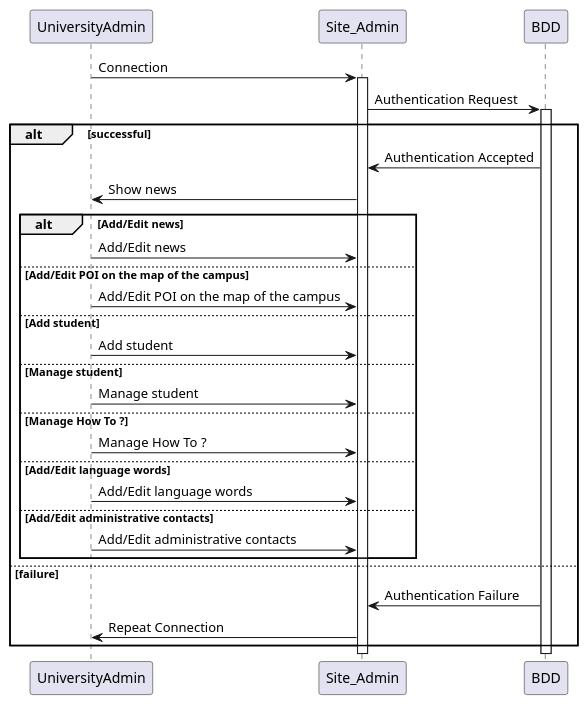
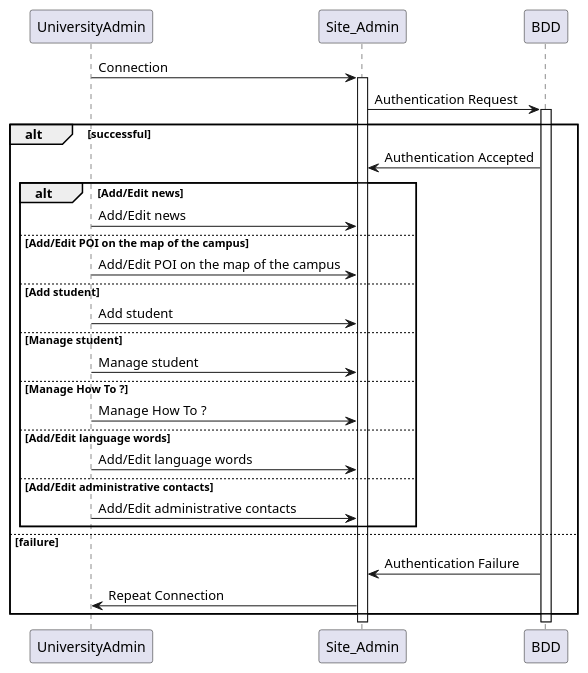
The diagram in diagrams/UniversityAdminSequence.puml (Miage-Paris-Ouest/m1c20152016-mobonline), drawn with PlantUML before and after one commit. The commit also changed 4 other files, not shown here.

```diff
--- a/diagrams/UniversityAdminSequence.puml
+++ b/diagrams/UniversityAdminSequence.puml
@@ -1,45 +1,45 @@
 @startuml
 
 UniversityAdmin -> Site_Admin: Connection
 activate Site_Admin
 
 
 Site_Admin -> BDD: Authentication Request
 activate BDD
 
 alt successful
 
     BDD -> Site_Admin: Authentication Accepted
-    Site_Admin->UniversityAdmin : Show news
+
 
         alt Add/Edit news
             UniversityAdmin -> Site_Admin: Add/Edit news
 
         else Add/Edit POI on the map of the campus
             UniversityAdmin -> Site_Admin: Add/Edit POI on the map of the campus
 
         else Add student
              UniversityAdmin -> Site_Admin: Add student
 
         else Manage student
              UniversityAdmin -> Site_Admin: Manage student
 
         else Manage How To ?
              UniversityAdmin -> Site_Admin: Manage How To ?
 
         else Add/Edit language words
              UniversityAdmin -> Site_Admin: Add/Edit language words
 
         else Add/Edit administrative contacts
              UniversityAdmin -> Site_Admin: Add/Edit administrative contacts
 
         end
 
 else failure
 
     BDD -> Site_Admin: Authentication Failure
     Site_Admin->UniversityAdmin : Repeat Connection
 end
 
 
 @enduml
```
